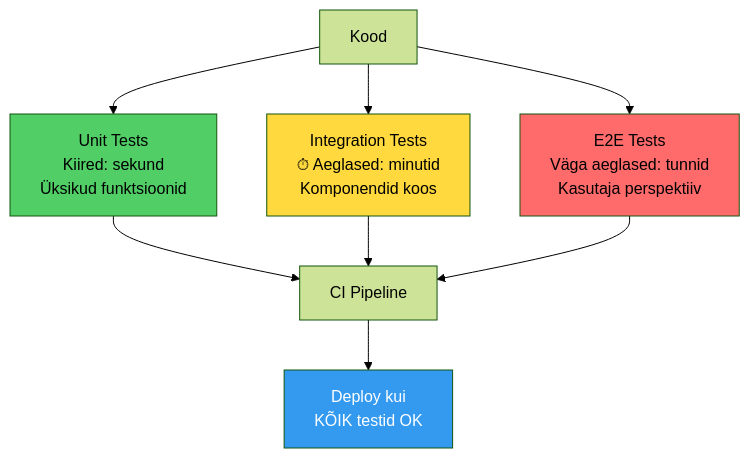
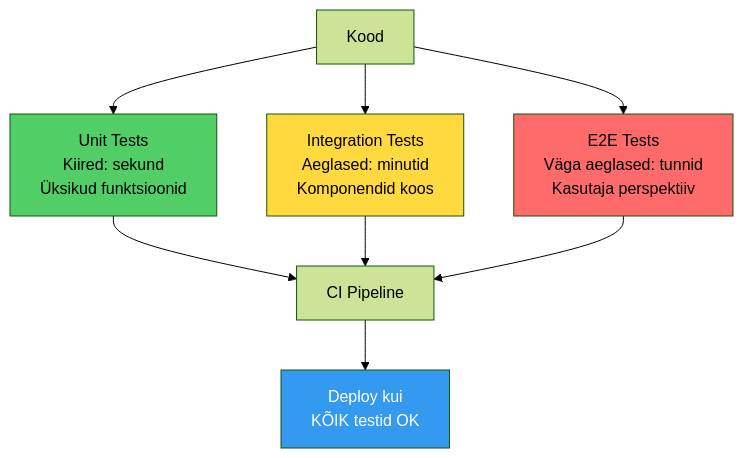
The eighth of 11 diagrams in docs/ci_cd/loeng.md (mtalvik/automatiseerimine_ext), drawn with Mermaid (forest theme) before and after one commit. The commit also changed other lines of this file and 140 other files, not shown here.

````diff
--- a/docs/ci_cd/loeng.md
+++ b/docs/ci_cd/loeng.md
@@ -313,17 +478,17 @@
 ```mermaid
 graph TD
-    Code[ Kood] --> UT[Unit Tests<br/> Kiired: sekund<br/> Üksikud funktsioonid]
-    Code --> IT[Integration Tests<br/>⏱ Aeglased: minutid<br/> Komponendid koos]
-    Code --> E2E[E2E Tests<br/> Väga aeglased: tunnid<br/> Kasutaja perspektiiv]
+    Code[Kood] --> UT[Unit Tests<br/>Kiired: sekund<br/>Üksikud funktsioonid]
+    Code --> IT[Integration Tests<br/>Aeglased: minutid<br/>Komponendid koos]
+    Code --> E2E[E2E Tests<br/>Väga aeglased: tunnid<br/>Kasutaja perspektiiv]
     
     UT --> CI[CI Pipeline]
     IT --> CI
     E2E --> CI
     
-    CI --> Deploy[ Deploy kui<br/>KÕIK testid OK]
+    CI --> Deploy[Deploy kui<br/>KÕIK testid OK]
     
     style UT fill:#51cf66
     style IT fill:#ffd93d
     style E2E fill:#ff6b6b
     style Deploy fill:#339af0,color:#fff
 ```
````
